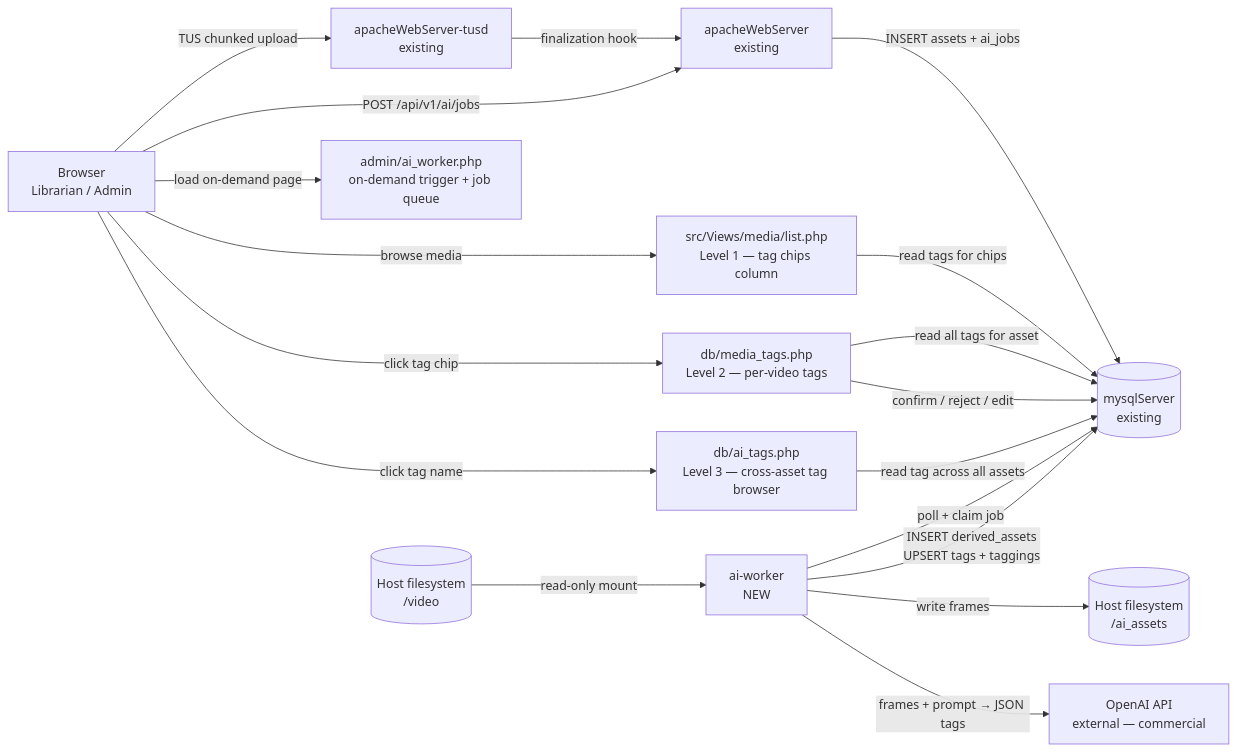
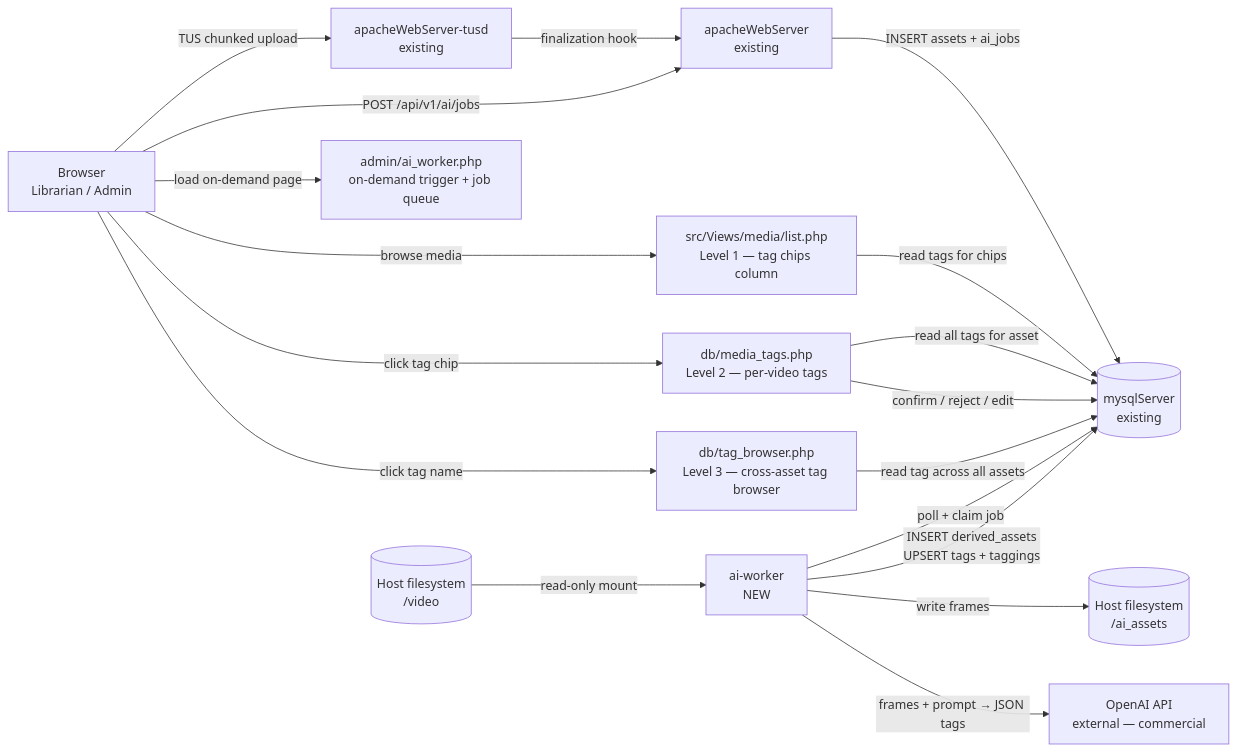
The first of 3 diagrams in docs/feature_ai_video_tagger.md (gighive/gighive), drawn with Mermaid before and after one commit. The commit also changed other lines of this file and 9 other files, not shown here.

````diff
--- a/docs/feature_ai_video_tagger.md
+++ b/docs/feature_ai_video_tagger.md
@@ -99,37 +99,37 @@
 ```mermaid
 flowchart LR
     BROWSER["Browser<br>Librarian / Admin"]
     TUSD["apacheWebServer-tusd<br>existing"]
     APACHE["apacheWebServer<br>existing"]
     MYSQL[("mysqlServer<br>existing")]
     WORKER["ai-worker<br>NEW"]
     OPENAI["OpenAI API<br>external — commercial"]
     VFS[("Host filesystem<br>/video")]
     AFS[("Host filesystem<br>/ai_assets")]
 
     DB1["src/Views/media/list.php<br>Level 1 — tag chips column"]
     DB2["db/media_tags.php<br>Level 2 — per-video tags"]
-    DB3["db/ai_tags.php<br>Level 3 — cross-asset tag browser"]
+    DB3["db/tag_browser.php<br>Level 3 — cross-asset tag browser"]
     AIWP["admin/ai_worker.php<br>on-demand trigger + job queue"]
 
     BROWSER -->|"TUS chunked upload"| TUSD
     TUSD -->|"finalization hook"| APACHE
     APACHE -->|"INSERT assets + ai_jobs"| MYSQL
 
     BROWSER -->|"browse media"| DB1
     DB1 -->|"read tags for chips"| MYSQL
     BROWSER -->|"click tag chip"| DB2
     DB2 -->|"read all tags for asset"| MYSQL
     DB2 -->|"confirm / reject / edit"| MYSQL
     BROWSER -->|"click tag name"| DB3
     DB3 -->|"read tag across all assets"| MYSQL
 
     BROWSER -->|"load on-demand page"| AIWP
     BROWSER -->|"POST /api/v1/ai/jobs"| APACHE
 
     WORKER -->|"poll + claim job"| MYSQL
     VFS -->|"read-only mount"| WORKER
     WORKER -->|"write frames"| AFS
     WORKER -->|"INSERT derived_assets<br>UPSERT tags + taggings"| MYSQL
     WORKER -->|"frames + prompt → JSON tags"| OPENAI
 ```
````
